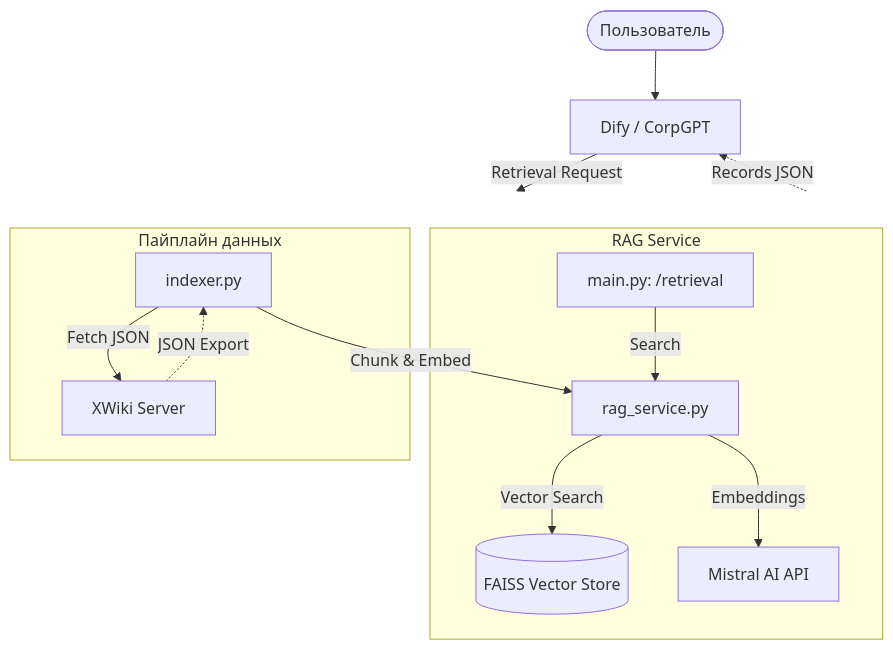
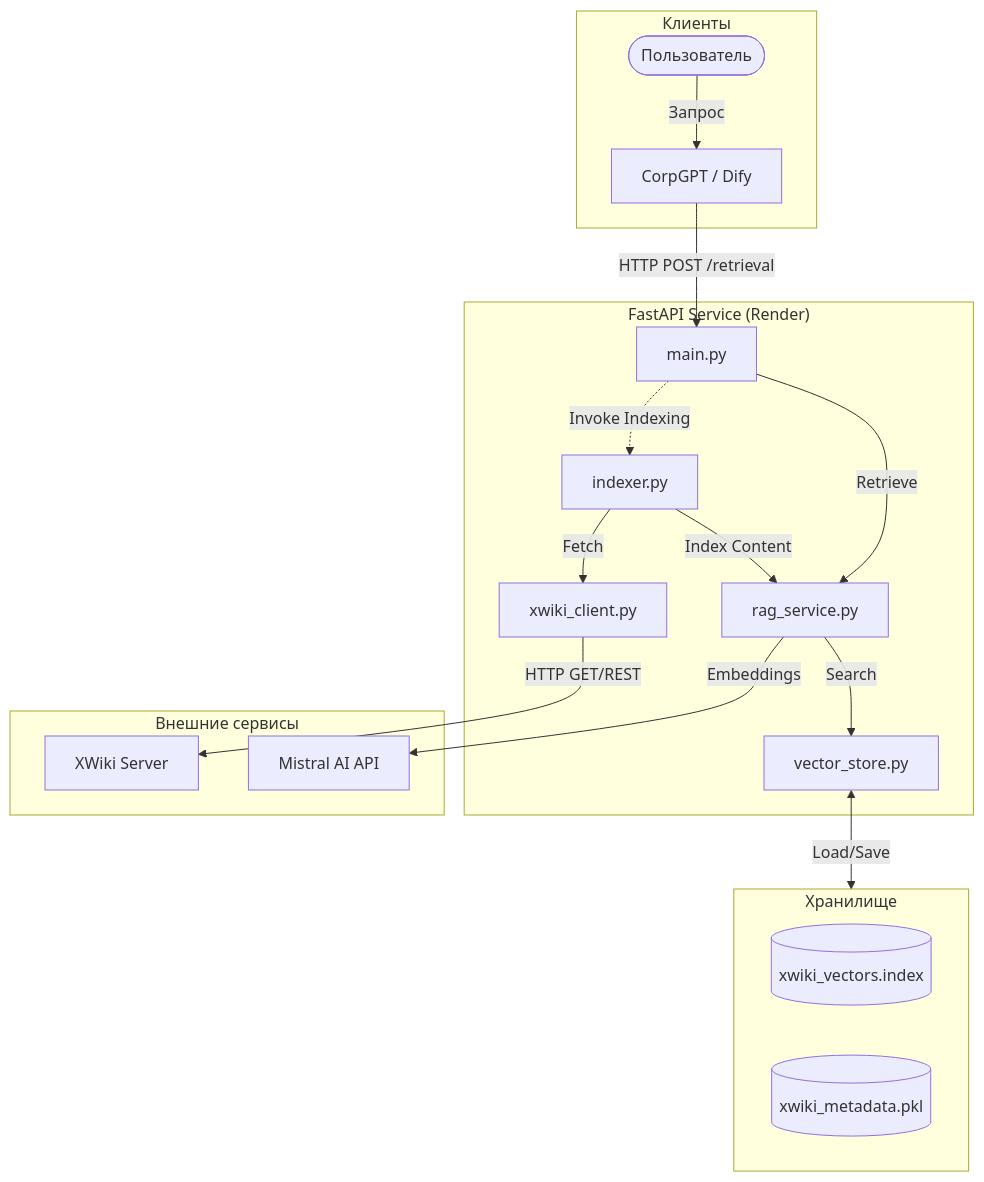
Before and after one commit to vsanyanov-ux/corpgpt-service-v2: the first of 3 diagrams in README.md, drawn with Mermaid. The commit also changed other lines of this file, not shown here.

Commit message:
docs: add comprehensive Mermaid diagrams to README

````diff
--- a/README.md
+++ b/README.md
@@ -157,19 +140,38 @@
 ```mermaid
 graph TD
-    User([Пользователь]) --> Dify[Dify / CorpGPT]
-    Dify -->|Retrieval Request| Service[FastAPI RAG Service]
+    subgraph Clients ["Клиенты"]
+        User([Пользователь])
+        CorpGPT[CorpGPT / Dify]
+    end
+
+    subgraph ServiceApp ["FastAPI Service (Render)"]
+        API[main.py]
+        RAG[rag_service.py]
+        Store[vector_store.py]
+        Indexer[indexer.py]
+        XWClient[xwiki_client.py]
+    end
+
+    subgraph ExternalServices ["Внешние сервисы"]
+        Mistral[Mistral AI API]
+        XWiki[XWiki Server]
+    end
+
+    subgraph Persistence ["Хранилище"]
+        FAISS[(xwiki_vectors.index)]
+        Meta[(xwiki_metadata.pkl)]
+    end
+
+    User -->|Запрос| CorpGPT
+    CorpGPT -->|HTTP POST /retrieval| API
+    API -->|Retrieve| RAG
+    RAG -->|Search| Store
+    RAG -->|Embeddings| Mistral
+    Store <-->|Load/Save| Persistence
     
-    subgraph Service [RAG Service]
-        API[main.py: /retrieval] -->|Search| RAG[rag_service.py]
-        RAG -->|Vector Search| FAISS[(FAISS Vector Store)]
-        RAG -->|Embeddings| Mistral[Mistral AI API]
-    end
+    Indexer -->|Index Content| RAG
+    Indexer -->|Fetch| XWClient
+    XWClient -->|HTTP GET/REST| XWiki
     
-    subgraph DataPipeline [Пайплайн данных]
-        Indexer[indexer.py] -->|Fetch JSON| XWiki[XWiki Server]
-        Indexer -->|Chunk & Embed| RAG
-    end
-    
-    XWiki -.->|JSON Export| Indexer
-    Service -.->|Records JSON| Dify
+    API -.->|Invoke Indexing| Indexer
 ```
````
